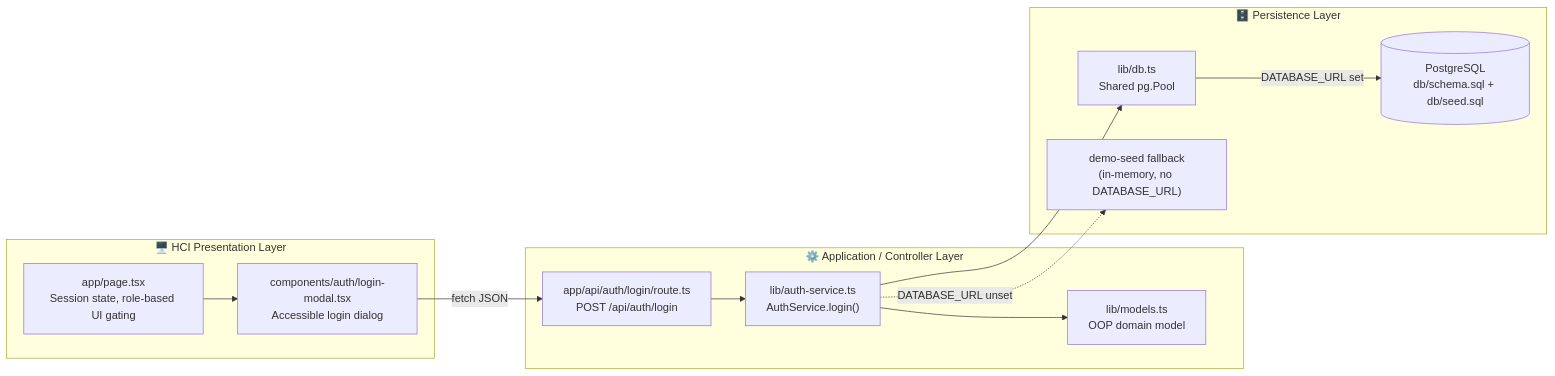
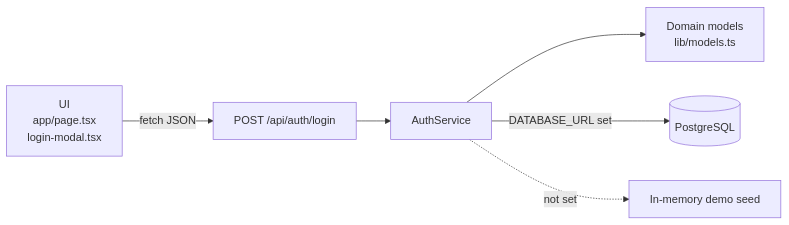
One commit to Sentinel-IF48INT/sentinel-website changed the diagram in README.md. Above: the diagram before and after it, drawn with Mermaid. The commit also changed other lines of this file, not shown here.

````diff
--- a/README.md
+++ b/README.md
@@ -90,24 +119,8 @@
 ```mermaid
 flowchart LR
-    subgraph P["🖥️ HCI Presentation Layer"]
-        A["app/page.tsx<br/>Session state, role-based UI gating"]
-        B["components/auth/login-modal.tsx<br/>Accessible login dialog"]
-    end
-    subgraph C["⚙️ Application / Controller Layer"]
-        D["app/api/auth/login/route.ts<br/>POST /api/auth/login"]
-        E["lib/auth-service.ts<br/>AuthService.login()"]
-        F["lib/models.ts<br/>OOP domain model"]
-    end
-    subgraph D2["🗄️ Persistence Layer"]
-        G["lib/db.ts<br/>Shared pg.Pool"]
-        H[("PostgreSQL<br/>db/schema.sql + db/seed.sql")]
-        I["demo-seed fallback<br/>(in-memory, no DATABASE_URL)"]
-    end
-    A --> B
-    B -- "fetch JSON" --> D
-    D --> E
-    E --> F
-    E --> G
-    G -- "DATABASE_URL set" --> H
-    E -. "DATABASE_URL unset" .-> I
+    UI["UI<br/>app/page.tsx<br/>login-modal.tsx"] -->|fetch JSON| API["POST /api/auth/login"]
+    API --> SVC["AuthService"]
+    SVC --> MODEL["Domain models<br/>lib/models.ts"]
+    SVC -->|DATABASE_URL set| DB[("PostgreSQL")]
+    SVC -.->|not set| SEED["In-memory demo seed"]
 ```
````
